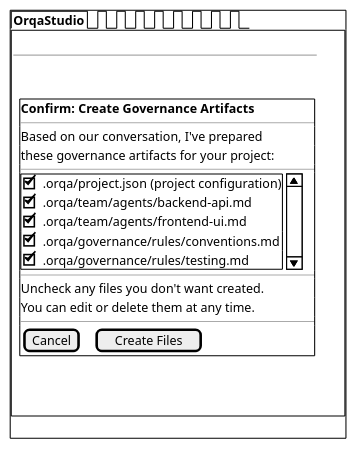
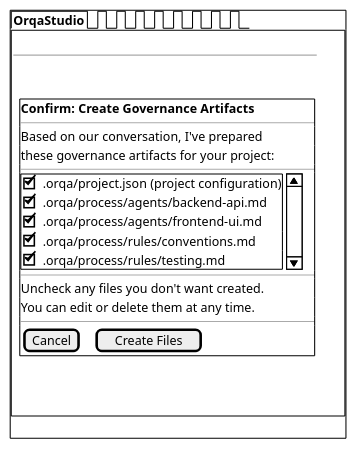
Before and after one commit to orqastudio/app: diagram 11 of 14 in .orqa/documentation/wireframes/settings-onboarding.md, drawn with PlantUML. The commit also changed 215 other files, not shown here.

````diff
--- a/.orqa/documentation/wireframes/settings-onboarding.md
+++ b/.orqa/documentation/wireframes/settings-onboarding.md
@@ -531,39 +531,39 @@
 ```plantuml
 @startsalt
 {+
   {/ <b>OrqaStudio</b> | . | . | . | . | . | . | . | . }
   {+
     {
       . | . | . | . | . | .
       ---
       .
       .
       { . |
         {+
           <b>Confirm: Create Governance Artifacts</b>
           ---
           Based on our conversation, I've prepared
           these governance artifacts for your project:
           ---
           {SI
             [X] .orqa/project.json (project configuration)
-            [X] .orqa/team/agents/backend-api.md
-            [X] .orqa/team/agents/frontend-ui.md
-            [X] .orqa/governance/rules/conventions.md
-            [X] .orqa/governance/rules/testing.md
+            [X] .orqa/process/agents/backend-api.md
+            [X] .orqa/process/agents/frontend-ui.md
+            [X] .orqa/process/rules/conventions.md
+            [X] .orqa/process/rules/testing.md
           }
           ---
           Uncheck any files you don't want created.
           You can edit or delete them at any time.
           ---
           { [Cancel] | . | . | [Create Files] }
         }
       | . | . }
       .
       .
     }
   }
   { . | . | . | . | . | . | . | . | . }
 }
 @endsalt
 ```
````
